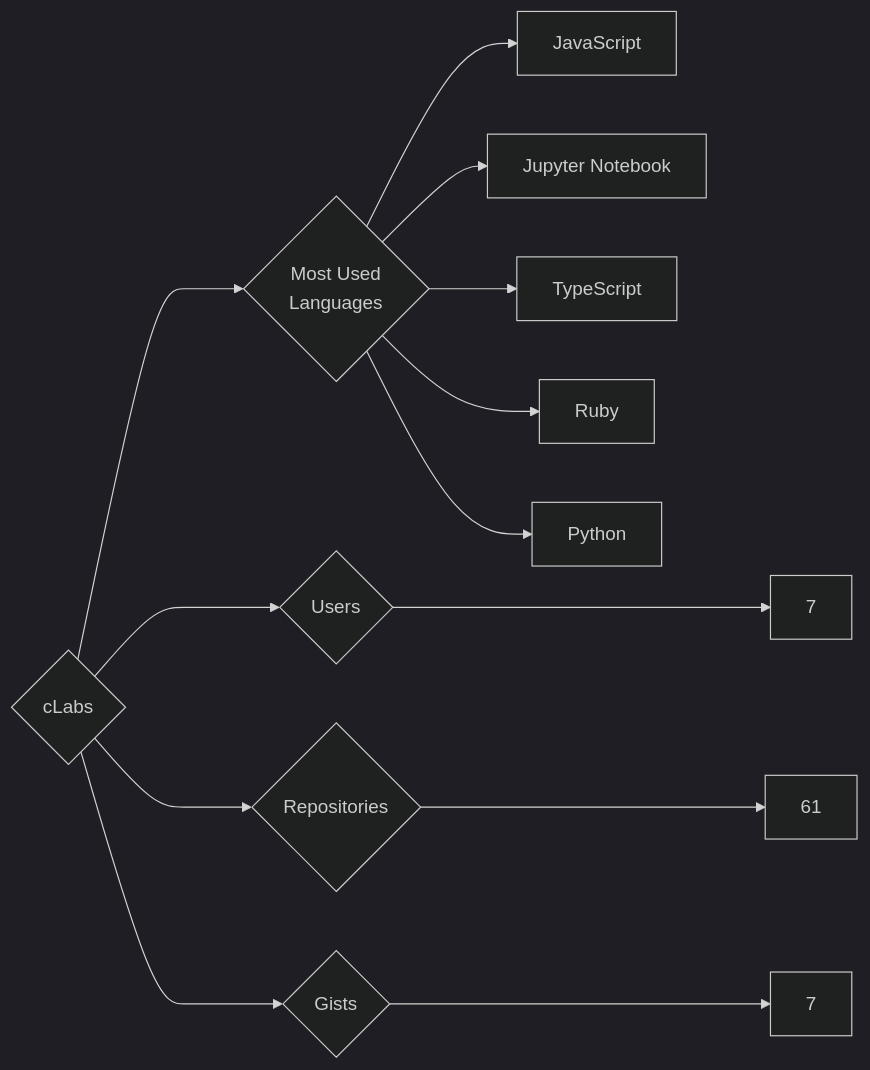
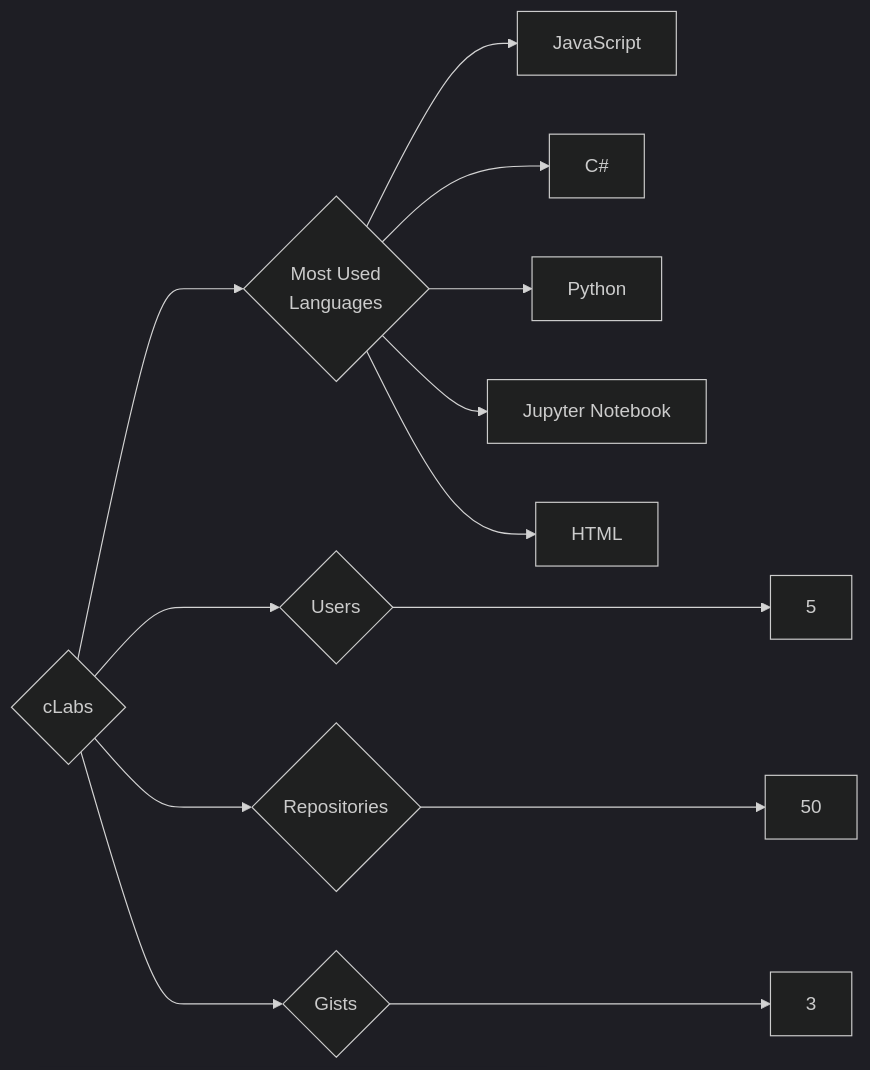
Before and after one commit to trickest/insiders: the diagram in targets/cLabs/README.md, drawn with Mermaid (dark theme). The commit also changed 1212 other files, not shown here.

````diff
--- a/targets/cLabs/README.md
+++ b/targets/cLabs/README.md
@@ -3,13 +3,13 @@
 ```mermaid
 graph LR
 COMPANY_NAME{cLabs}
-COMPANY_NAME ---> U{Users} ---> UN[7]
-COMPANY_NAME ---> R{Repositories} ---> RN[61]
-COMPANY_NAME ---> G{Gists} ---> GN[7]
+COMPANY_NAME ---> U{Users} ---> UN[5]
+COMPANY_NAME ---> R{Repositories} ---> RN[50]
+COMPANY_NAME ---> G{Gists} ---> GN[3]
 COMPANY_NAME ---> ML{Most Used<br>Languages}
 ML --> JavaScript[JavaScript]
+ML --> C#[C#]
+ML --> Python[Python]
 ML --> Jupyter_Notebook[Jupyter Notebook]
-ML --> TypeScript[TypeScript]
-ML --> Ruby[Ruby]
-ML --> Python[Python]
+ML --> HTML[HTML]
 ```
````
